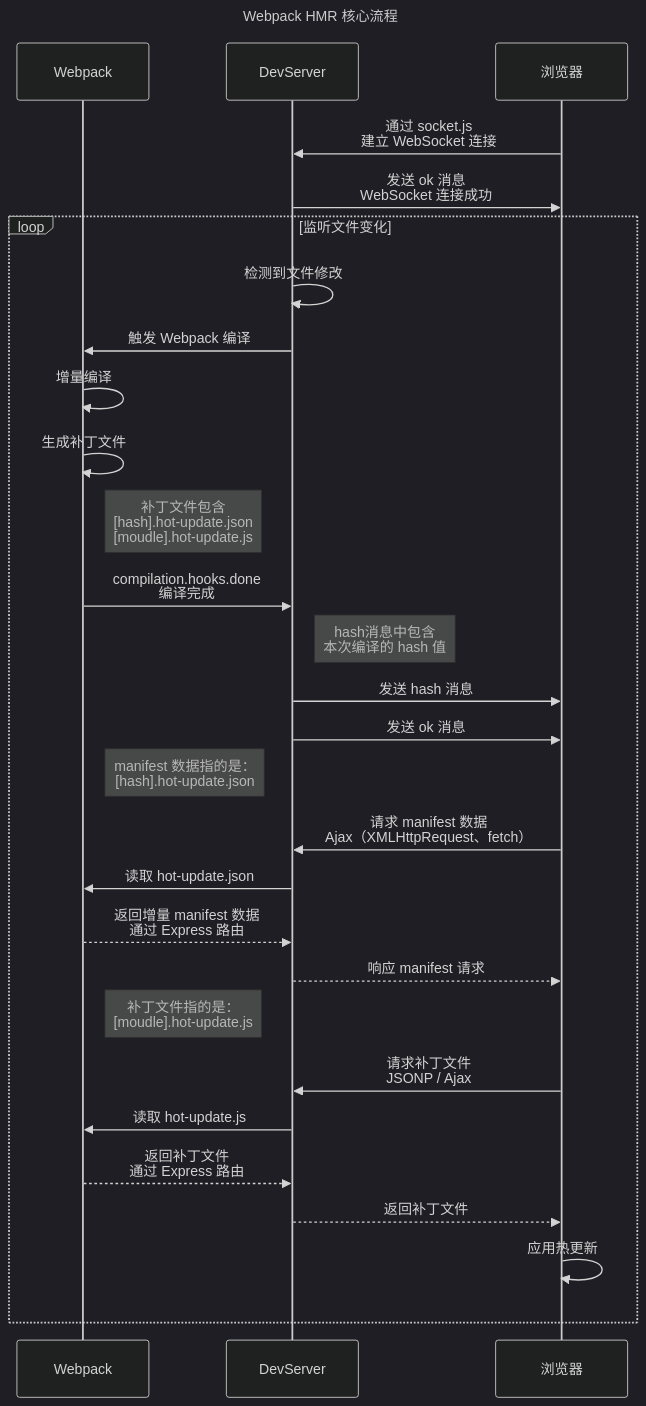
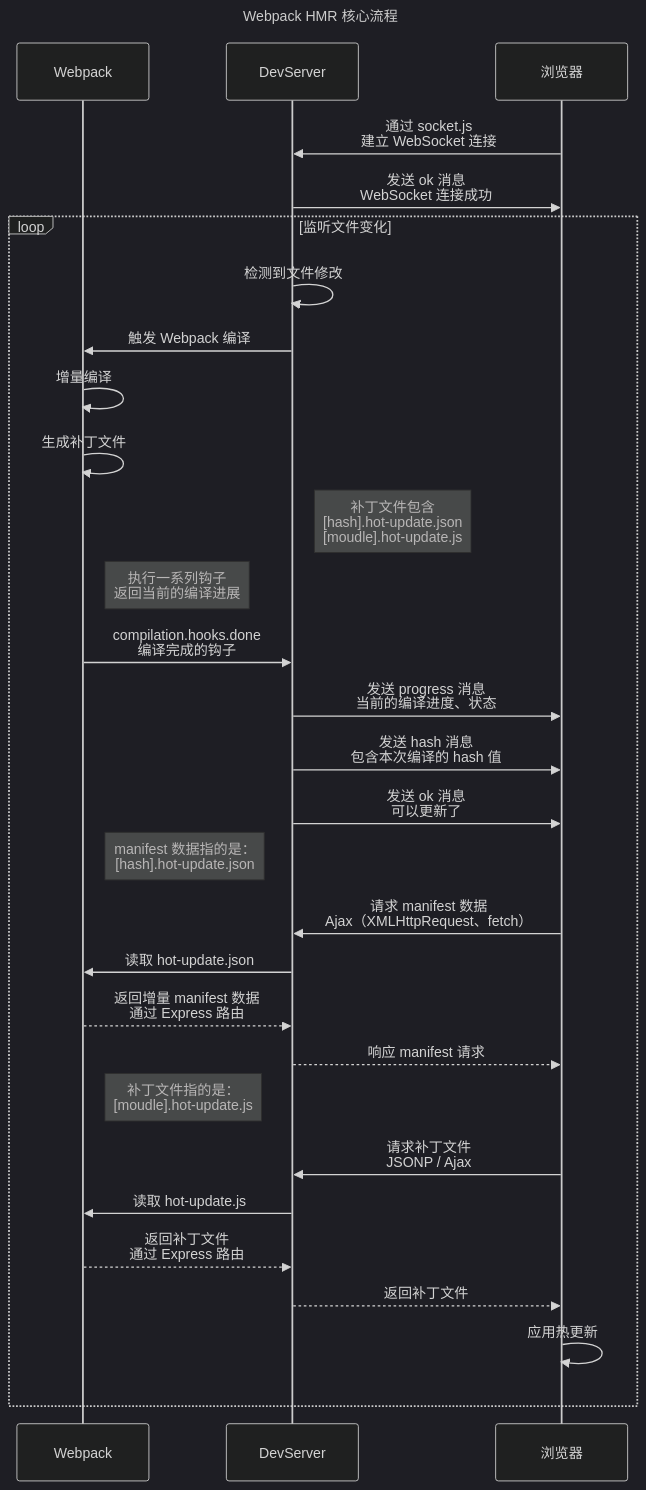
One commit to ykshang/MyBlog changed the first of 2 diagrams in docs/notes/Webpack/4.核心原理/2.HMR 流程.md. Above: the diagram before and after it, drawn with Mermaid (dark theme). The commit also changed other lines of this file and 3 other files, not shown here.

````diff
--- a/docs/notes/Webpack/4.核心原理/2.HMR 流程.md
+++ b/docs/notes/Webpack/4.核心原理/2.HMR 流程.md
@@ -25,32 +25,33 @@
 ```mermaid
 sequenceDiagram
     title: Webpack HMR 核心流程
     participant Webpack
     participant DevServer
     participant 浏览器
 
     浏览器->>DevServer: 通过 socket.js <br> 建立 WebSocket 连接
     DevServer->>浏览器: 发送 ok 消息 <br> WebSocket 连接成功
     loop 监听文件变化
         DevServer->>DevServer: 检测到文件修改
         DevServer->>Webpack: 触发 Webpack 编译
         Webpack->>Webpack: 增量编译
         Webpack->>Webpack: 生成补丁文件
-        Note right of Webpack: 补丁文件包含<br/>[hash].hot-update.json<br/>[moudle].hot-update.js
-        Webpack->>DevServer: compilation.hooks.done <br/> 编译完成
-        Note right of DevServer: hash消息中包含<br>本次编译的 hash 值
-        DevServer->>浏览器: 发送 hash 消息
-        DevServer->>浏览器: 发送 ok 消息
+        Note right of DevServer: 补丁文件包含<br/>[hash].hot-update.json<br/>[moudle].hot-update.js
+        Note right of Webpack: 执行一系列钩子 <br/> 返回当前的编译进展
+        Webpack->>DevServer: compilation.hooks.done <br/> 编译完成的钩子
+        DevServer->>浏览器: 发送 progress 消息 <br/> 当前的编译进度、状态
+        DevServer->>浏览器: 发送 hash 消息 <br/> 包含本次编译的 hash 值
+        DevServer->>浏览器: 发送 ok 消息 <br/> 可以更新了
         Note right of Webpack: manifest 数据指的是：<br/>[hash].hot-update.json
         浏览器->>DevServer: 请求 manifest 数据 <br/> Ajax（XMLHttpRequest、fetch）
         DevServer->>Webpack: 读取 hot-update.json
         Webpack-->>DevServer: 返回增量 manifest 数据 <br/> 通过 Express 路由
         DevServer-->>浏览器: 响应 manifest 请求
         Note right of Webpack: 补丁文件指的是：<br/>[moudle].hot-update.js
         浏览器 ->> DevServer: 请求补丁文件 <br/>  JSONP / Ajax
         DevServer->>Webpack: 读取 hot-update.js
         Webpack-->>DevServer: 返回补丁文件 <br/> 通过 Express 路由
         DevServer-->> 浏览器: 返回补丁文件
         浏览器->>浏览器: 应用热更新
     end
 ```
````
